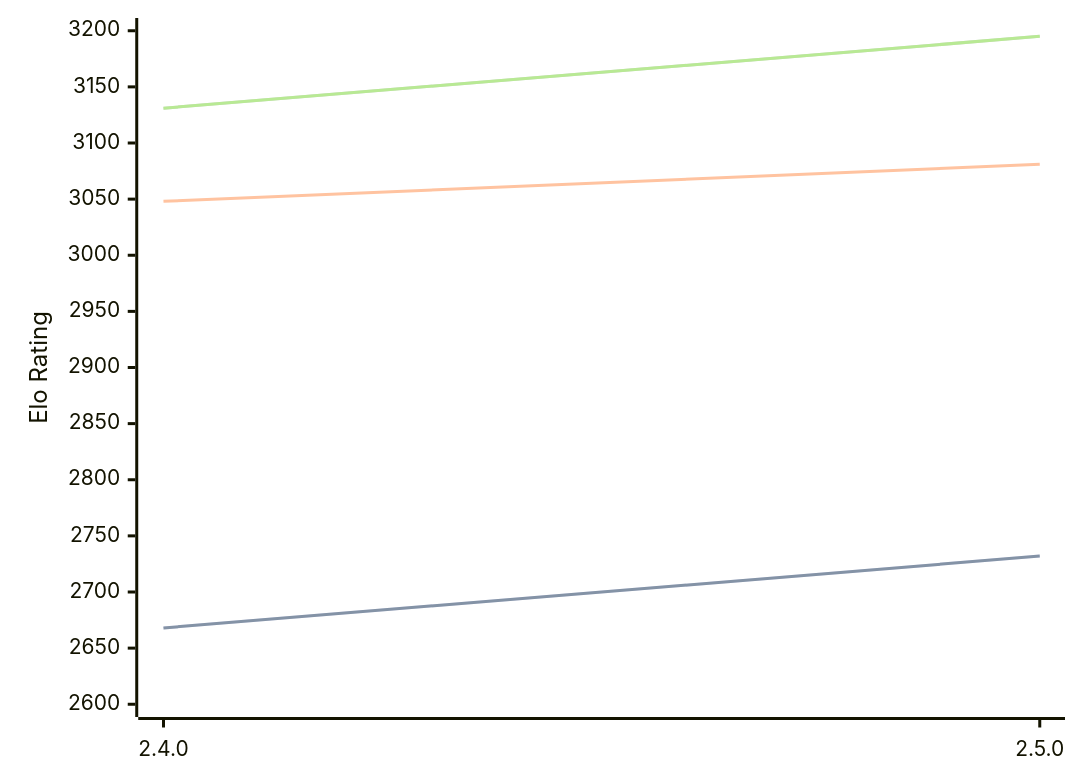
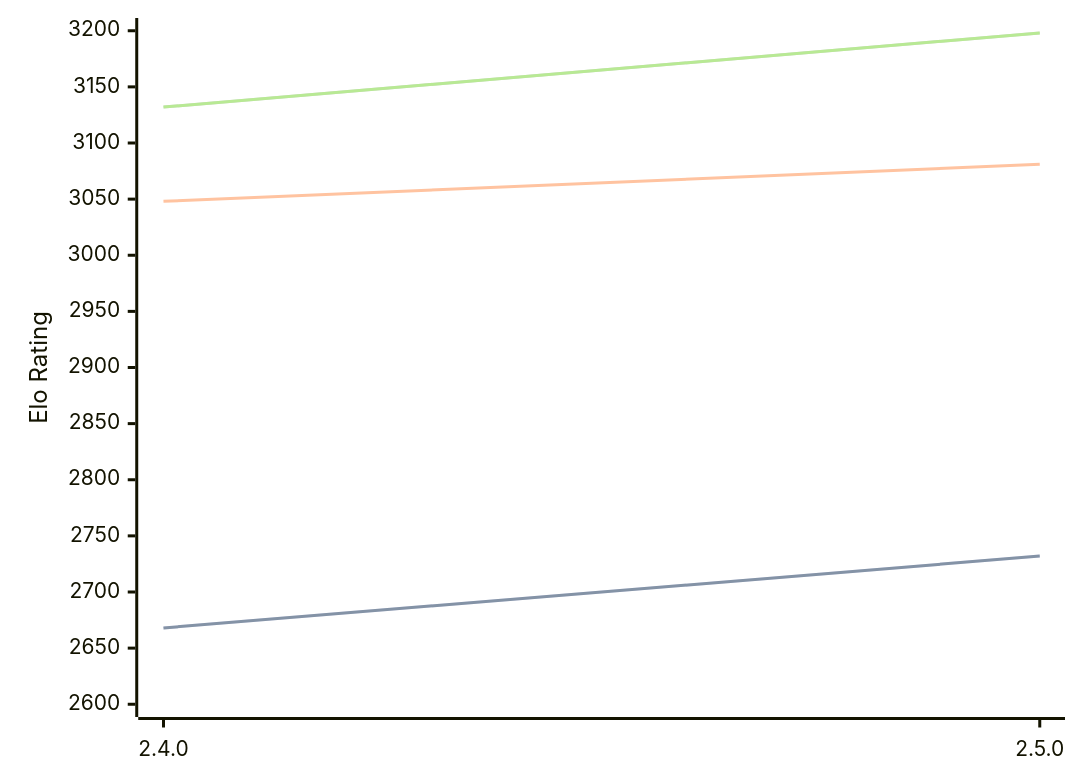
One commit to computer-chess-index/cci changed the diagram in engines/Sturddle2.md. Above: the diagram before and after it, drawn with Mermaid. The commit also changed other lines of this file, not shown here.

Commit message:
Update CCI Ratings (ELO VLTC) - 2026-02-17

````diff
--- a/engines/Sturddle2.md
+++ b/engines/Sturddle2.md
@@ -34,11 +34,11 @@
 ```mermaid
 %%{init: {"theme":"base","themeVariables":{"seriesColors:['#a3a3a3','#222221','#faa371']}}}%%
 xychart-beta
   x-axis ["2.4.0", "2.5.0"]
   y-axis "Elo Rating" 2600 --> 3200
   line "STC (8.0+0.08s)" [2668, 2732]
   line "STC (8.0+0.08s)" [2668, 2732]
   line "LTC (60.0+0.60s)" [3048, 3081]
-  line "VLTC (2m24s+1.12s)" [3131, 3195]
-  line "VLTC (2m24s+1.12s)" [3131, 3195]
+  line "VLTC (2m24s+1.12s)" [3132, 3198]
+  line "VLTC (2m24s+1.12s)" [3132, 3198]
 ```
````
